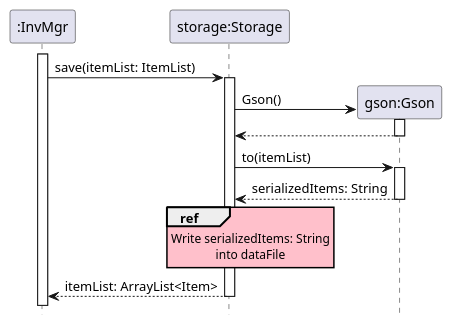
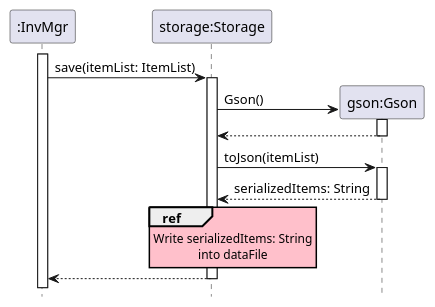
The diagram in docs/diagrams/StorageSaveSequenceDiagram.puml (nus-cs2113-AY2122S2/tp), drawn with PlantUML before and after one commit. The commit also changed 5 other files, not shown here.

Commit message:
Add documentation for Storage Fix return data type of save() in UML diagram StorageSaveSequenceDiagram

```diff
--- a/docs/diagrams/StorageSaveSequenceDiagram.puml
+++ b/docs/diagrams/StorageSaveSequenceDiagram.puml
@@ -1,30 +1,30 @@
 @startuml
 
 hide footbox
 skinparam SequenceReferenceBackgroundColor pink
 
 participant ":InvMgr" as InvMgr
 participant "storage:Storage" as Storage
 participant "gson:Gson" as Gson
 
 activate InvMgr
     InvMgr -> Storage : save(itemList: ItemList)
     activate Storage
 
         create Gson
         Storage -> Gson : Gson()
         activate Gson
         return
 
-        Storage -> Gson : to(itemList)
+        Storage -> Gson : toJson(itemList)
         activate Gson
         return serializedItems: String
 
         ref over Storage
             Write serializedItems: String
             into dataFile
         end ref
 
-    return itemList: ArrayList<Item>
+    return
 
 @enduml
```
